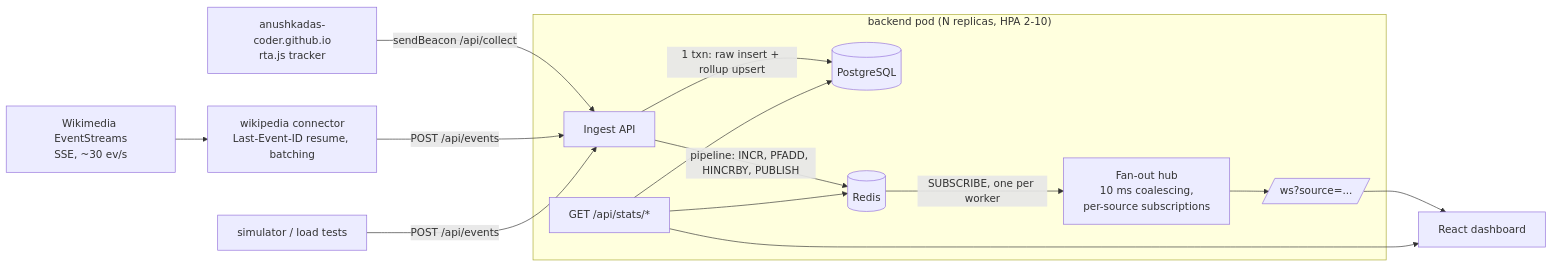
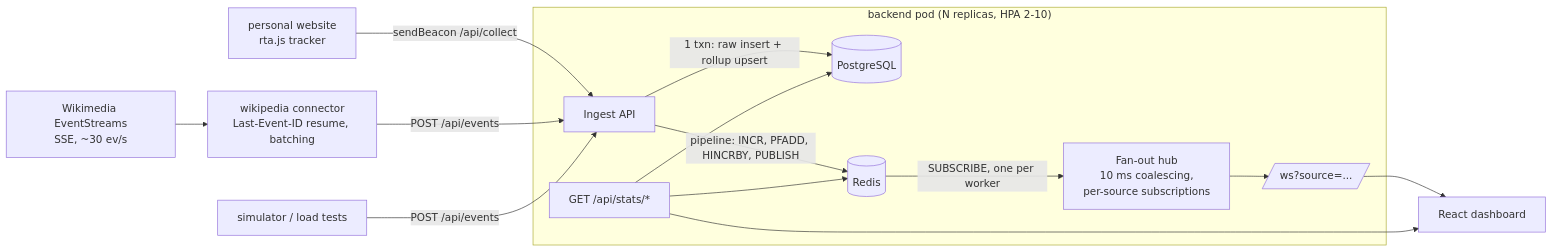
Before and after one commit to anushkadas-coder/realtime-analytics-dashboard: the diagram in README.md, drawn with Mermaid. The commit also changed other lines of this file, not shown here.

````diff
--- a/README.md
+++ b/README.md
@@ -16,17 +22,17 @@
 ```mermaid
 flowchart LR
   WM[Wikimedia EventStreams<br/>SSE, ~30 ev/s] --> CONN[wikipedia connector<br/>Last-Event-ID resume, batching]
-  SITE[anushkadas-coder.github.io<br/>rta.js tracker] -->|sendBeacon /api/collect| ING
+  SITE[personal website<br/>rta.js tracker] -->|sendBeacon /api/collect| ING
   CONN -->|POST /api/events| ING
   SIM[simulator / load tests] -->|POST /api/events| ING
   subgraph Pod["backend pod (N replicas, HPA 2-10)"]
     ING[Ingest API] -->|1 txn: raw insert + rollup upsert| PG[(PostgreSQL)]
     ING -->|pipeline: INCR, PFADD, HINCRBY, PUBLISH| R[(Redis)]
     R -->|SUBSCRIBE, one per worker| HUB[Fan-out hub<br/>10 ms coalescing,<br/>per-source subscriptions]
     HUB --> WS[/ws?source=.../]
     API[GET /api/stats/*] --> PG
     API --> R
   end
   WS --> UI[React dashboard]
   API --> UI
 ```
````
